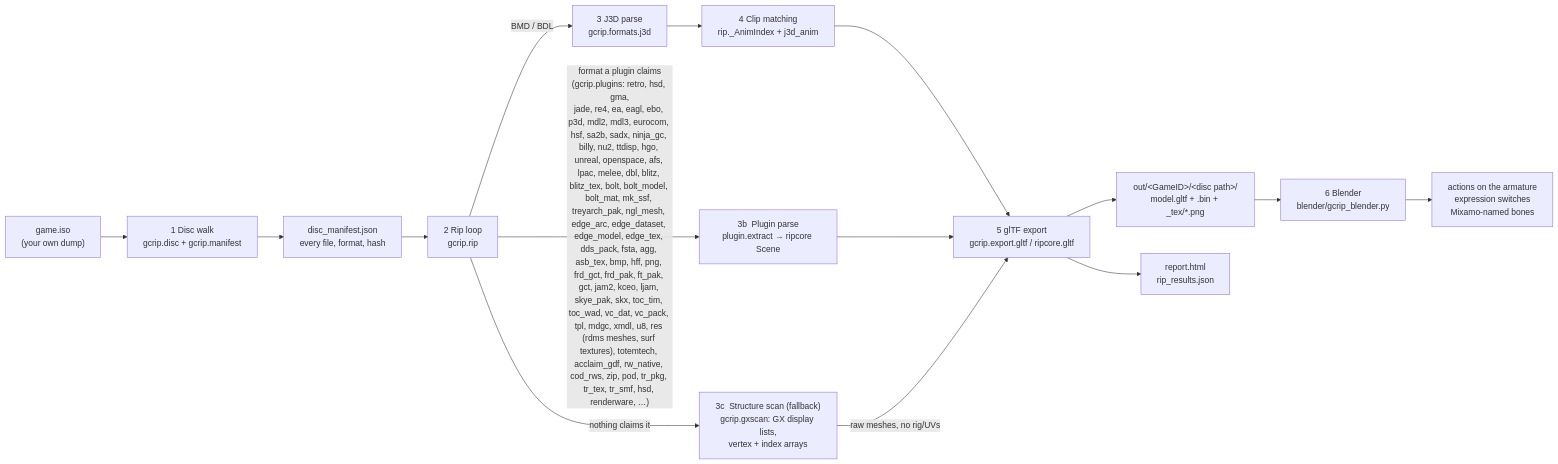
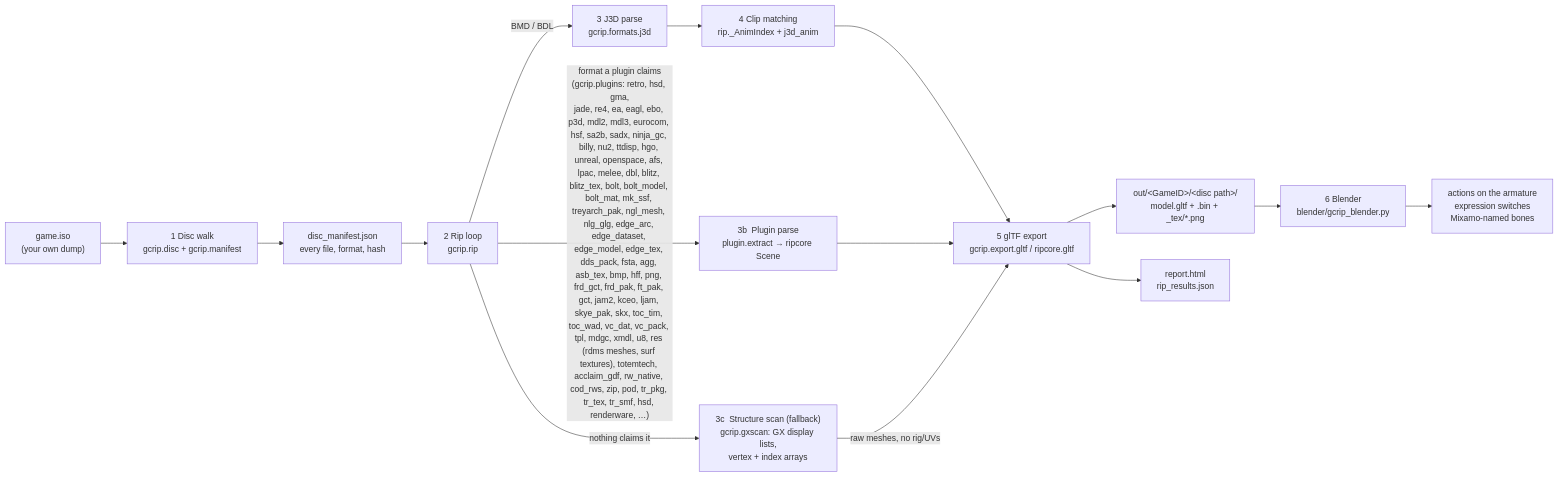
One commit to Felbs/3d-ripper-9000 changed the first of 10 diagrams in docs/PIPELINE.md. Above: the diagram before and after it, drawn with Mermaid. The commit also changed other lines of this file and 8 other files, not shown here.

First line of the commit message:
gcrip nlg_gl: Super Mario Strikers .glg models and .glt PTLG bundles (Next Level Games GL, read from MarioSoccerR.elf)

````diff
--- a/docs/PIPELINE.md
+++ b/docs/PIPELINE.md
@@ -11,17 +11,17 @@
 ```mermaid
 flowchart LR
     ISO["game.iso<br/>(your own dump)"] --> WALK["1  Disc walk<br/>gcrip.disc + gcrip.manifest"]
     WALK --> MAN["disc_manifest.json<br/>every file, format, hash"]
     MAN --> RIP["2  Rip loop<br/>gcrip.rip"]
     RIP -->|"BMD / BDL"| J3D["3  J3D parse<br/>gcrip.formats.j3d"]
-    RIP -->|"format a plugin claims<br/>(gcrip.plugins: retro, hsd, gma,<br/>jade, re4, ea, eagl, ebo, p3d, mdl2, mdl3, eurocom, hsf, sa2b, sadx, ninja_gc, billy, nu2, ttdisp, hgo, unreal, openspace, afs, lpac, melee, dbl, blitz, blitz_tex, bolt, bolt_model, bolt_mat, mk_ssf, treyarch_pak, ngl_mesh, edge_arc, edge_dataset, edge_model, edge_tex, dds_pack, fsta, agg, asb_tex, bmp, hff, png, frd_gct, frd_pak, ft_pak, gct, jam2, kceo, ljam, skye_pak, skx, toc_tim, toc_wad, vc_dat, vc_pack, tpl, mdgc, xmdl, u8, res (rdms meshes, surf textures), totemtech, acclaim_gdf, rw_native, cod_rws, zip, pod, tr_pkg, tr_tex, tr_smf, hsd, renderware, …)"| PLUG["3b  Plugin parse<br/>plugin.extract → ripcore Scene"]
+    RIP -->|"format a plugin claims<br/>(gcrip.plugins: retro, hsd, gma,<br/>jade, re4, ea, eagl, ebo, p3d, mdl2, mdl3, eurocom, hsf, sa2b, sadx, ninja_gc, billy, nu2, ttdisp, hgo, unreal, openspace, afs, lpac, melee, dbl, blitz, blitz_tex, bolt, bolt_model, bolt_mat, mk_ssf, treyarch_pak, ngl_mesh, nlg_glg, edge_arc, edge_dataset, edge_model, edge_tex, dds_pack, fsta, agg, asb_tex, bmp, hff, png, frd_gct, frd_pak, ft_pak, gct, jam2, kceo, ljam, skye_pak, skx, toc_tim, toc_wad, vc_dat, vc_pack, tpl, mdgc, xmdl, u8, res (rdms meshes, surf textures), totemtech, acclaim_gdf, rw_native, cod_rws, zip, pod, tr_pkg, tr_tex, tr_smf, hsd, renderware, …)"| PLUG["3b  Plugin parse<br/>plugin.extract → ripcore Scene"]
     RIP -->|"nothing claims it"| GX["3c  Structure scan (fallback)<br/>gcrip.gxscan: GX display lists,<br/>vertex + index arrays"]
     J3D --> ANIM["4  Clip matching<br/>rip._AnimIndex + j3d_anim"]
     ANIM --> GLTF["5  glTF export<br/>gcrip.export.gltf / ripcore.gltf"]
     PLUG --> GLTF
     GX -->|"raw meshes, no rig/UVs"| GLTF
     GLTF --> OUT["out/&lt;GameID&gt;/&lt;disc path&gt;/<br/>model.gltf + .bin + _tex/*.png"]
     GLTF --> REP["report.html<br/>rip_results.json"]
     OUT --> BL["6  Blender<br/>blender/gcrip_blender.py"]
     BL --> PLAY["actions on the armature<br/>expression switches<br/>Mixamo-named bones"]
 ```
````
